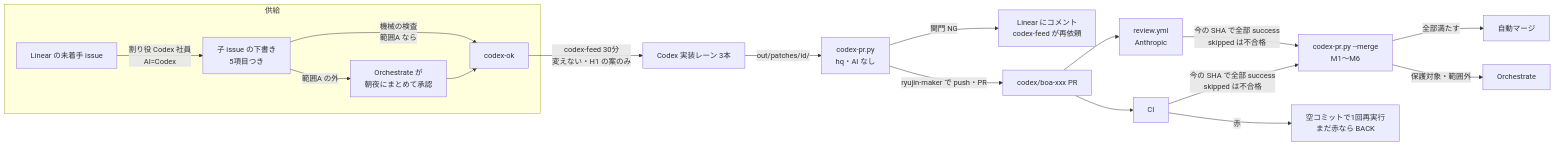
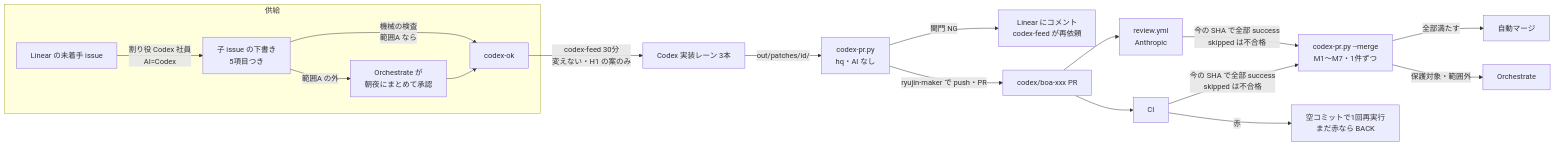
The first of 2 diagrams in docs/design/codex-direct-pr/design.md (rhapsody0919/boatrace-ai-predictor), drawn with Mermaid before and after one commit. The commit also changed other lines of this file, not shown here.

Commit message:
docs: Codex の自動マージの節を再審査で直し、決まりと hq への実装の依頼を書く

````diff
--- a/docs/design/codex-direct-pr/design.md
+++ b/docs/design/codex-direct-pr/design.md
@@ -29,19 +29,19 @@
 ```mermaid
 flowchart LR
   subgraph 供給
     L0[Linear の未着手 issue] -->|割り役 Codex 社員<br/>AI=Codex| L1[子 issue の下書き<br/>5項目つき]
     L1 -->|機械の検査<br/>範囲A なら| L2[codex-ok]
     L1 -->|範囲A の外| OR[Orchestrate が<br/>朝夜にまとめて承認]
     OR --> L2
   end
   L2 -->|codex-feed 30分<br/>変えない・H1 の案のみ| C[Codex 実装レーン 3本]
   C -->|out/patches/id/| R[codex-pr.py<br/>hq・AI なし]
   R -->|関門 NG| BACK[Linear にコメント<br/>codex-feed が再依頼]
   R -->|ryujin-maker で push・PR| PR[codex/boa-xxx PR]
   PR --> REV[review.yml<br/>Anthropic]
   PR --> CI[CI]
-  REV & CI -->|今の SHA で全部 success<br/>skipped は不合格| MC[codex-pr.py --merge<br/>M1〜M6]
+  REV & CI -->|今の SHA で全部 success<br/>skipped は不合格| MC[codex-pr.py --merge<br/>M1〜M7・1件ずつ]
   MC -->|全部満たす| M[自動マージ]
   MC -->|保護対象・範囲外| OR2[Orchestrate]
   CI -->|赤| RE[空コミットで1回再実行<br/>まだ赤なら BACK]
 ```
````
